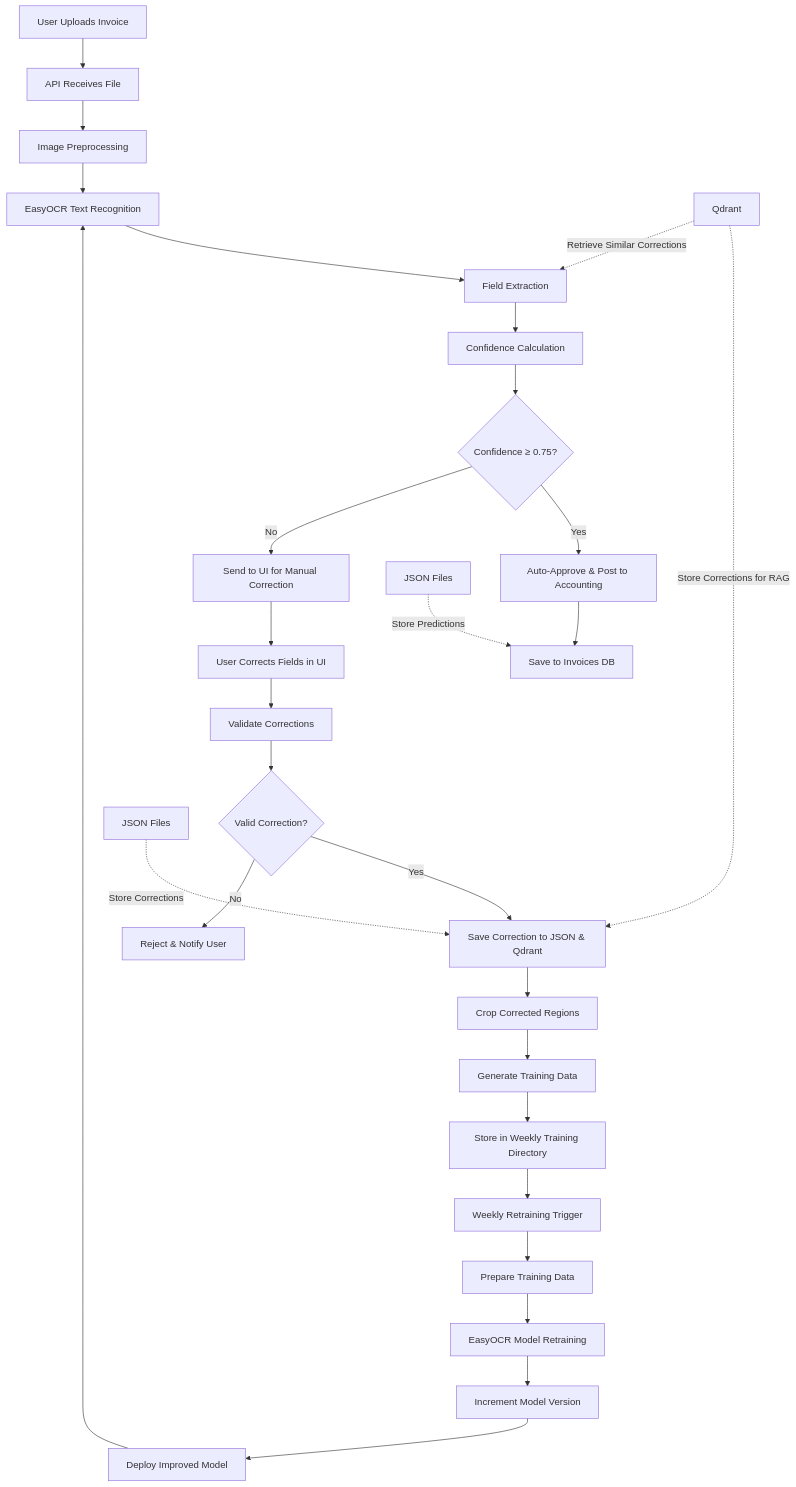
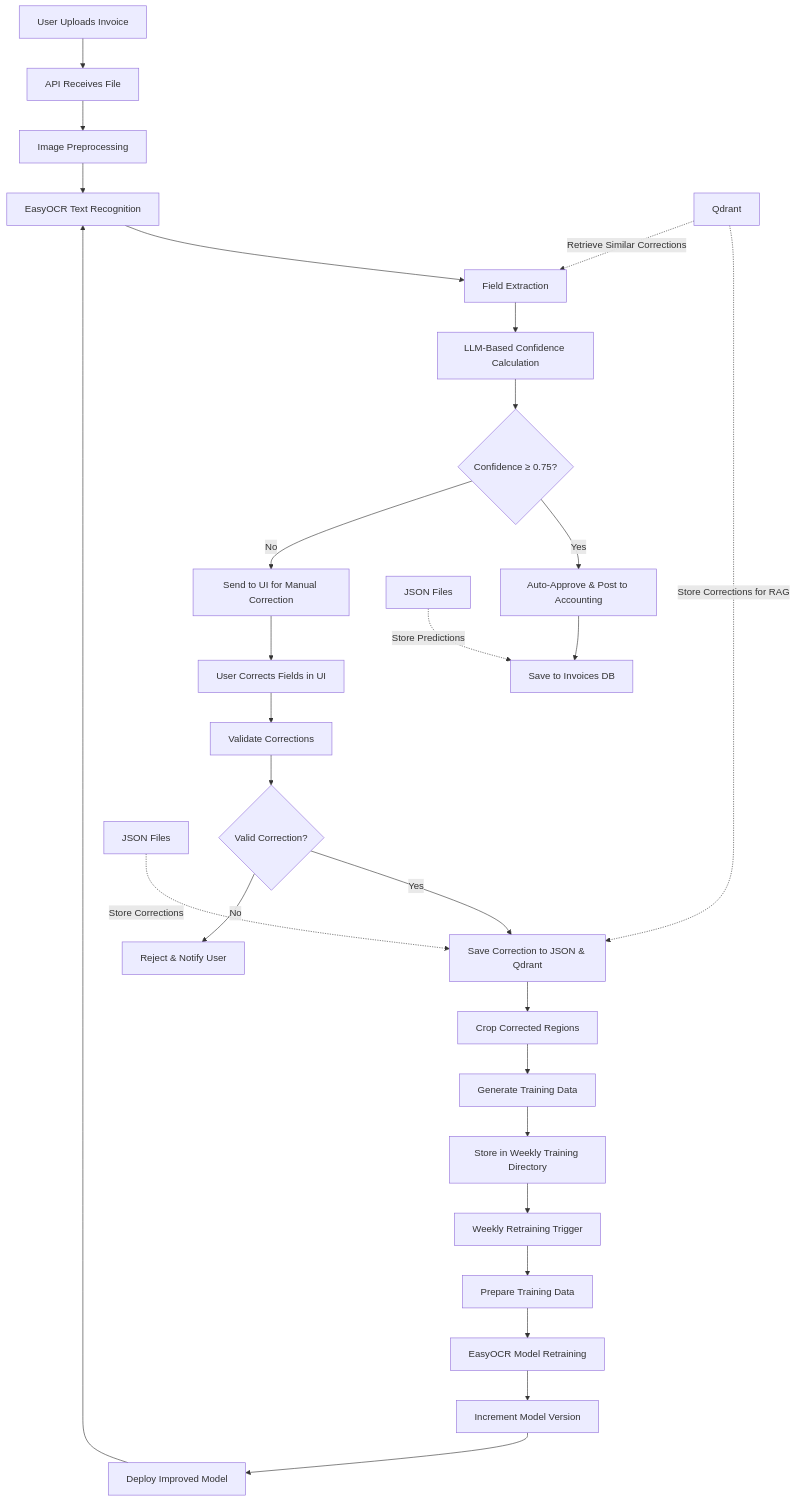
Before and after one commit to TheJabbar/Expo-Invoice-Intelligence: the diagram in README.md, drawn with Mermaid.

Commit message:
Fix mermaid chart

````diff
--- a/README.md
+++ b/README.md
@@ -35,39 +35,39 @@
 ```mermaid
 ---
 id: 96360726-b2c4-43fa-9a5a-7d282df17342
 ---
 graph TD
     A[User Uploads Invoice] --> B[API Receives File]
     B --> C[Image Preprocessing]
     C --> D[EasyOCR Text Recognition]
     D --> E[Field Extraction]
-    E --> F[Confidence Calculation]
+    E --> F[LLM-Based Confidence Calculation]
     F --> G{Confidence ≥ 0.75?}
 
     G -->|Yes| H[Auto-Approve & Post to Accounting]
     G -->|No| I[Send to UI for Manual Correction]
 
     H --> J[Save to Invoices DB]
 
     I --> L[User Corrects Fields in UI]
     L --> M[Validate Corrections]
     M --> N{Valid Correction?}
     N -->|Yes| O[Save Correction to JSON & Qdrant]
     N -->|No| P[Reject & Notify User]
 
     O --> Q[Crop Corrected Regions]
     Q --> R[Generate Training Data]
     R --> S[Store in Weekly Training Directory]
 
     S --> T[Weekly Retraining Trigger]
     T --> U[Prepare Training Data]
     U --> V[EasyOCR Model Retraining]
     V --> W[Increment Model Version]
     W --> X[Deploy Improved Model]
     X --> D
 
     Z[Qdrant] -.->|Store Corrections for RAG| O
     Z[Qdrant] -.->|Retrieve Similar Corrections| E
     CC[JSON Files] -.->|Store Predictions| J
     DD[JSON Files] -.->|Store Corrections| O
 ```
````
